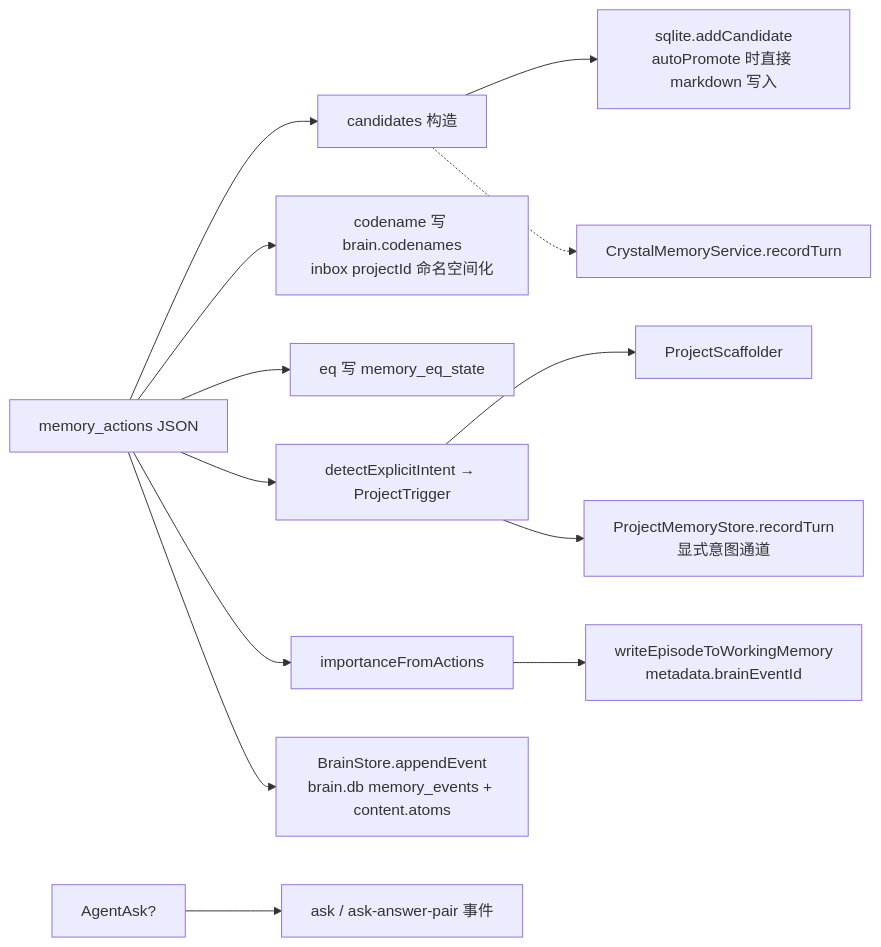
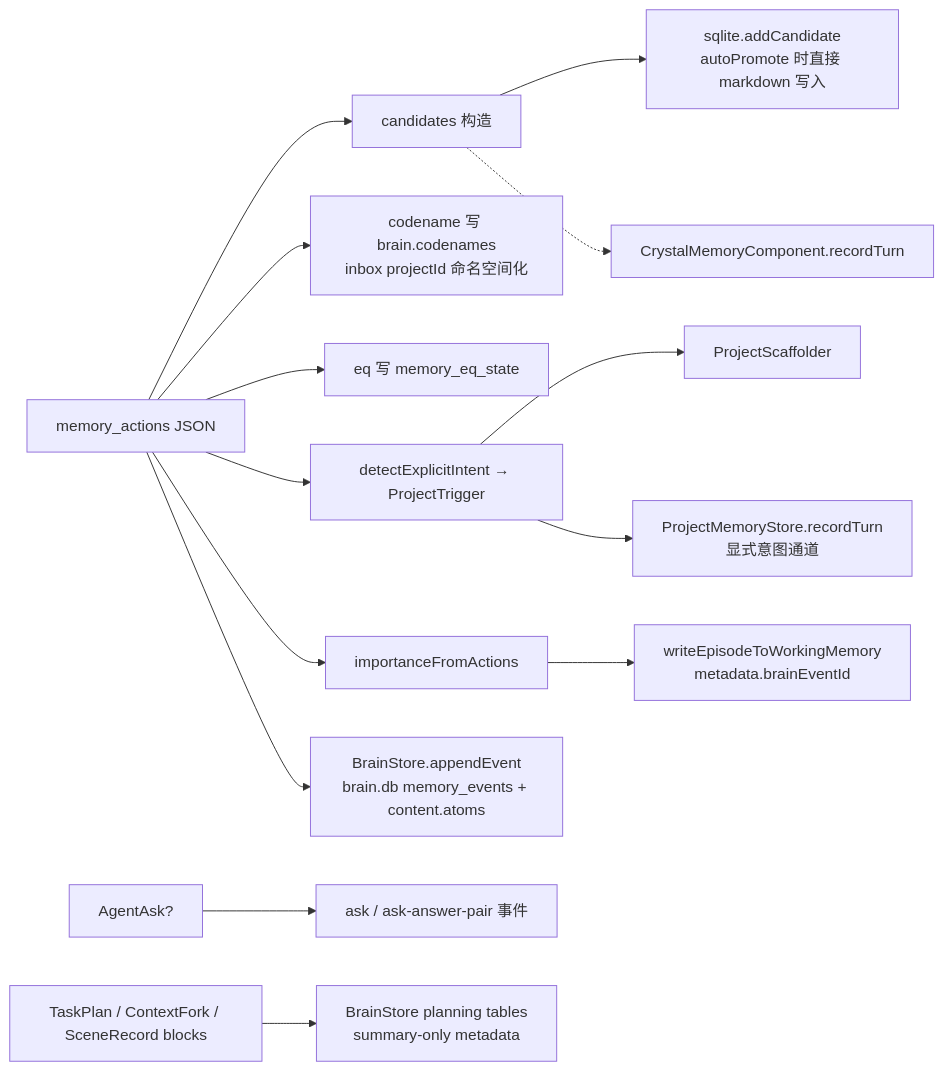
The fifth of 5 diagrams in docs/runtime.turn.md (flyflor/flyflor), drawn with Mermaid before and after one commit. The commit also changed other lines of this file and 119 other files, not shown here.

````diff
--- a/docs/runtime.turn.md
+++ b/docs/runtime.turn.md
@@ -192,15 +194,16 @@
 ```mermaid
 flowchart LR
     Action[memory_actions JSON] --> Cand[candidates 构造]
     Action --> Codename[codename 写 brain.codenames<br/>inbox projectId 命名空间化]
     Action --> Eq[eq 写 memory_eq_state]
     Action --> Trig[detectExplicitIntent → ProjectTrigger]
     Action --> Imp[importanceFromActions]
     Ask[AgentAsk?] --> BrainAsk[ask / ask-answer-pair 事件]
     Imp --> WorkEp[writeEpisodeToWorkingMemory<br/>metadata.brainEventId]
     Trig --> ScaffoldP[ProjectScaffolder]
     Cand --> SqliteCand[sqlite.addCandidate<br/>autoPromote 时直接 markdown 写入]
     Trig --> ProjectMem[ProjectMemoryStore.recordTurn<br/>显式意图通道]
     Action --> BrainEvent[BrainStore.appendEvent<br/>brain.db memory_events + content.atoms]
-    Cand -.-> CrystalAsync[CrystalMemoryService.recordTurn]
+    Planning[TaskPlan / ContextFork / SceneRecord blocks] --> BrainPlanning[BrainStore planning tables<br/>summary-only metadata]
+    Cand -.-> CrystalAsync[CrystalMemoryComponent.recordTurn]
 ```
````
